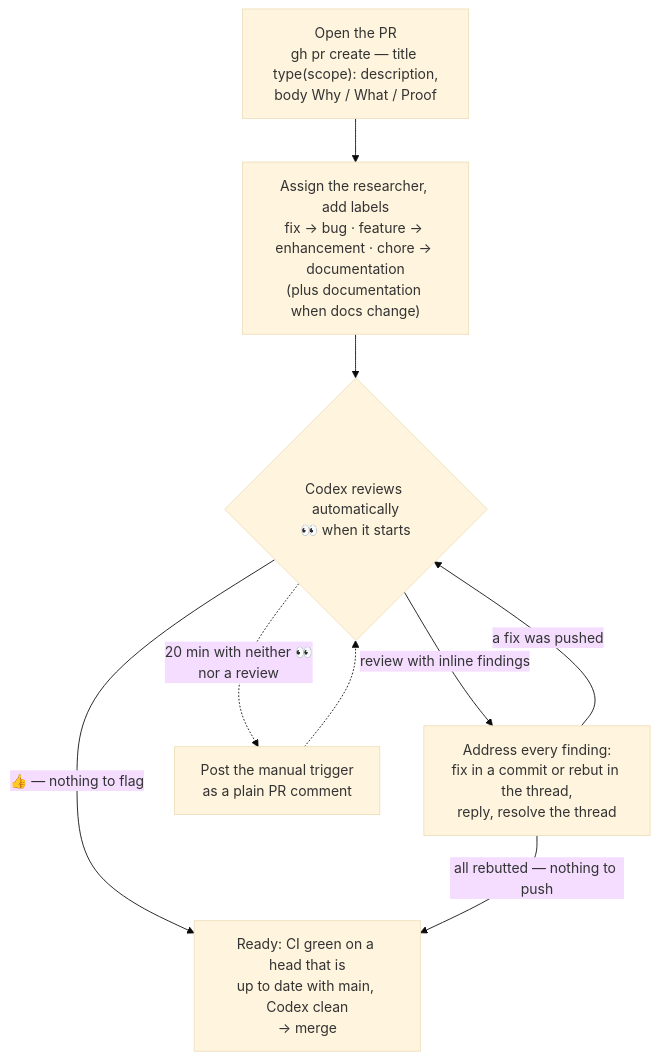
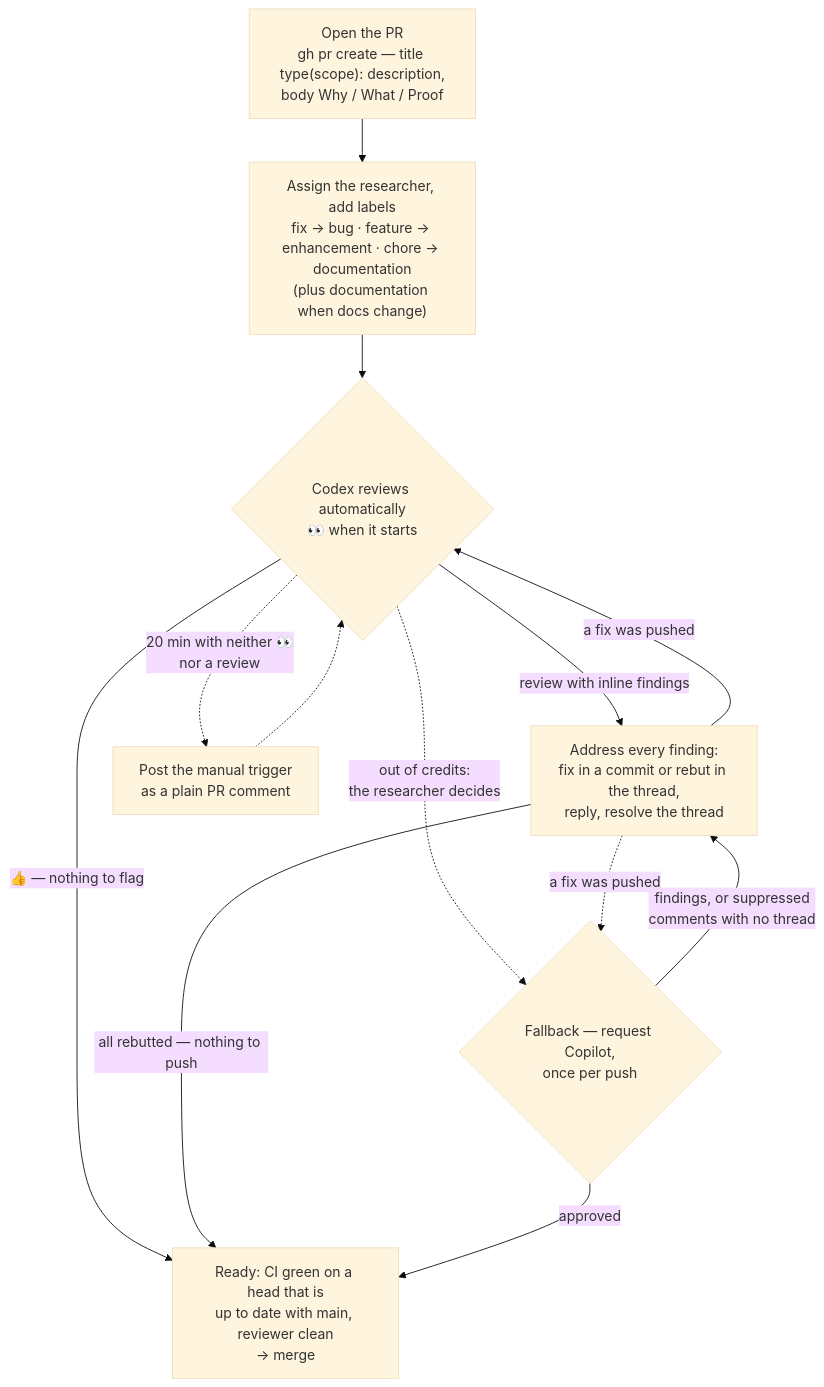
Before and after one commit to hankehly/power-market-analytics: the diagram in docs/Development.md, drawn with Mermaid (base theme). The commit also changed other lines of this file and 1 other file, not shown here.

````diff
--- a/docs/Development.md
+++ b/docs/Development.md
@@ -66,12 +71,16 @@
 ```mermaid
 flowchart TD
     open["Open the PR<br/>gh pr create — title type(scope): description,<br/>body Why / What / Proof"]
     open --> meta["Assign the researcher, add labels<br/>fix → bug · feature → enhancement · chore → documentation<br/>(plus documentation when docs change)"]
     meta --> codex{"Codex reviews automatically<br/>👀 when it starts"}
-    codex -->|"👍 — nothing to flag"| ready["Ready: CI green on a head that is<br/>up to date with main, Codex clean<br/>→ merge"]
+    codex -->|"👍 — nothing to flag"| ready["Ready: CI green on a head that is<br/>up to date with main, reviewer clean<br/>→ merge"]
     codex -->|"review with inline findings"| fix["Address every finding:<br/>fix in a commit or rebut in the thread,<br/>reply, resolve the thread"]
     fix -->|"a fix was pushed"| codex
     fix -->|"all rebutted — nothing to push"| ready
     codex -.->|"20 min with neither 👀<br/>nor a review"| nudge["Post the manual trigger<br/>as a plain PR comment"]
     nudge -.-> codex
+    codex -.->|"out of credits:<br/>the researcher decides"| copilot{"Fallback — request Copilot,<br/>once per push"}
+    copilot -->|"approved"| ready
+    copilot -->|"findings, or suppressed<br/>comments with no thread"| fix
+    fix -.->|"a fix was pushed"| copilot
 ```
````
